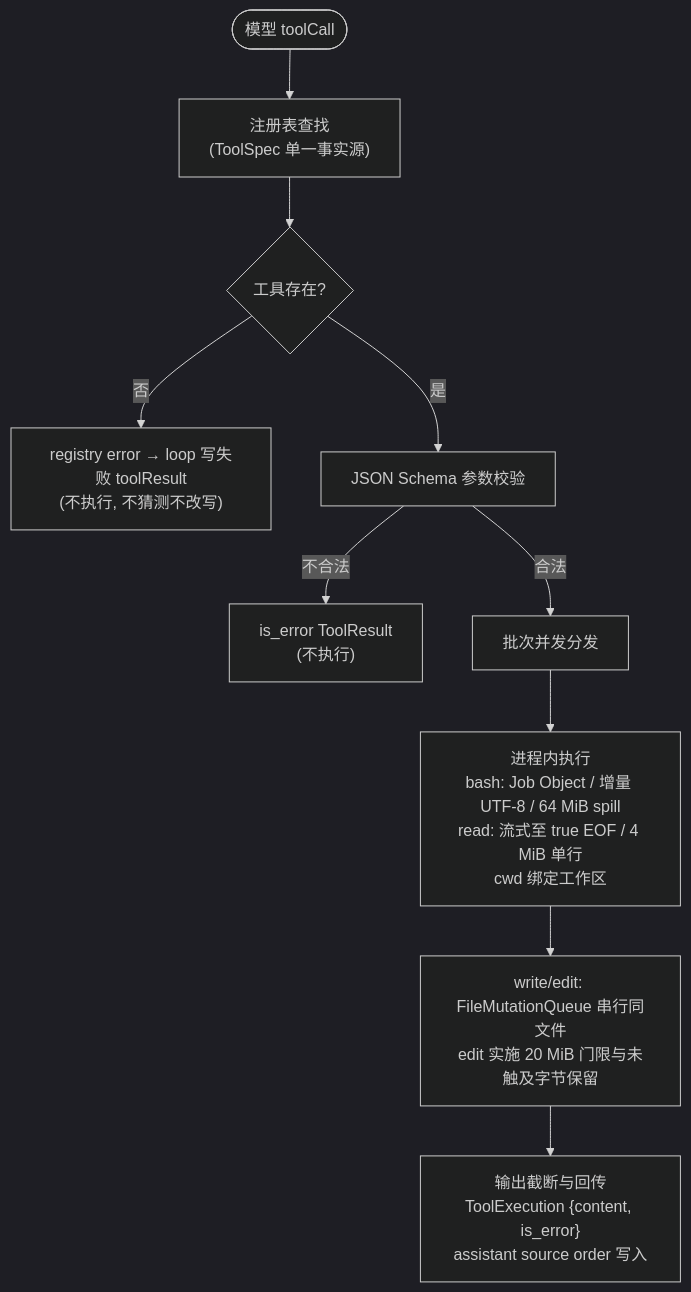
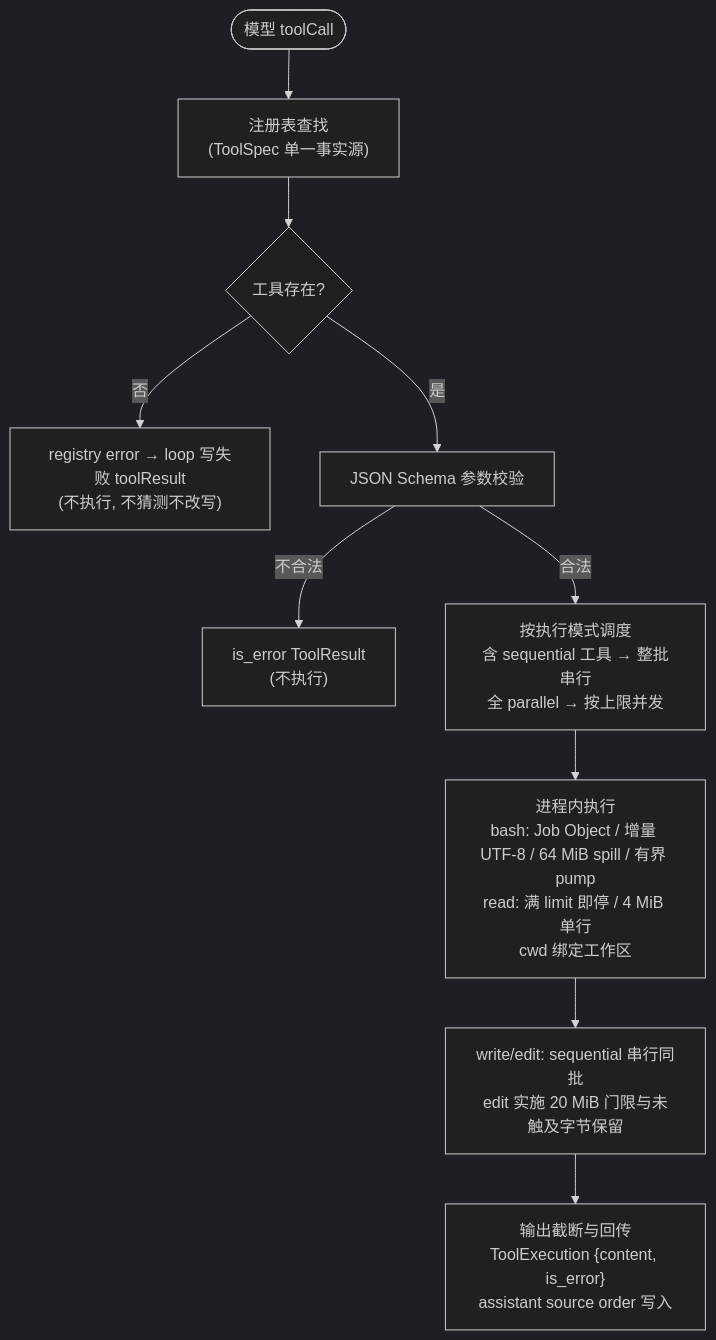
Before and after one commit to qjcnmd/singularity-agent: the fourth of 7 diagrams in docs/singularity.md, drawn with Mermaid (dark theme). The commit also changed other lines of this file and 12 other files, not shown here.

````diff
--- a/docs/singularity.md
+++ b/docs/singularity.md
@@ -163,12 +164,12 @@
 ```mermaid
 flowchart TD
     A(["模型 toolCall"]) --> B["注册表查找<br/>(ToolSpec 单一事实源)"]
     B --> C{"工具存在?"}
     C -- 否 --> R1["registry error → loop 写失败 toolResult<br/>(不执行, 不猜测不改写)"]
     C -- 是 --> D["JSON Schema 参数校验"]
     D -- "不合法" --> R2["is_error ToolResult<br/>(不执行)"]
-    D -- "合法" --> F1["批次并发分发"]
-    F1 --> F["进程内执行<br/>bash: Job Object / 增量 UTF-8 / 64 MiB spill<br/>read: 流式至 true EOF / 4 MiB 单行<br/>cwd 绑定工作区"]
-    F --> G["write/edit: FileMutationQueue 串行同文件<br/>edit 实施 20 MiB 门限与未触及字节保留"]
+    D -- "合法" --> F1["按执行模式调度<br/>含 sequential 工具 → 整批串行<br/>全 parallel → 按上限并发"]
+    F1 --> F["进程内执行<br/>bash: Job Object / 增量 UTF-8 / 64 MiB spill / 有界 pump<br/>read: 满 limit 即停 / 4 MiB 单行<br/>cwd 绑定工作区"]
+    F --> G["write/edit: sequential 串行同批<br/>edit 实施 20 MiB 门限与未触及字节保留"]
     G --> H["输出截断与回传<br/>ToolExecution {content, is_error}<br/>assistant source order 写入"]
 ```
````
